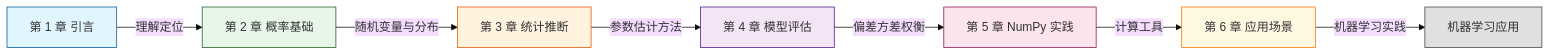
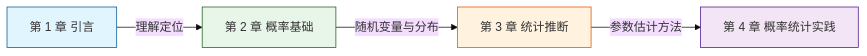
One commit to fenixsoft/ideaspaces changed the diagram in docs/maths/probability/introduction.md. Above: the diagram before and after it, drawn with Mermaid (base theme). The commit also changed other lines of this file and 39 other files, not shown here.

````diff
--- a/docs/maths/probability/introduction.md
+++ b/docs/maths/probability/introduction.md
@@ -53,25 +53,16 @@
 ```mermaid
 graph LR
     A[第 1 章 引言] -->|理解定位| B[第 2 章 概率基础]
     B -->|随机变量与分布| C[第 3 章 统计推断]
-    C -->|参数估计方法| D[第 4 章 模型评估]
-    D -->|偏差方差权衡| E[第 5 章 NumPy 实践]
-    E -->|计算工具| F[第 6 章 应用场景]
-    F -->|机器学习实践| G[机器学习应用]
+    C -->|参数估计方法| D[第 4 章 概率统计实践]
 
     classDef styleA fill:#e1f5fe,stroke:#01579b
     classDef styleB fill:#e8f5e9,stroke:#1b5e20
     classDef styleC fill:#fff3e0,stroke:#e65100
     classDef styleD fill:#f3e5f5,stroke:#4a148c
-    classDef styleE fill:#fce4ec,stroke:#880e4f
-    classDef styleF fill:#fff8e1,stroke:#ff6f00
-    classDef styleG fill:#e0e0e0,stroke:#424242
 
     class A styleA
     class B styleB
     class C styleC
     class D styleD
-    class E styleE
-    class F styleF
-    class G styleG
 ```
````
